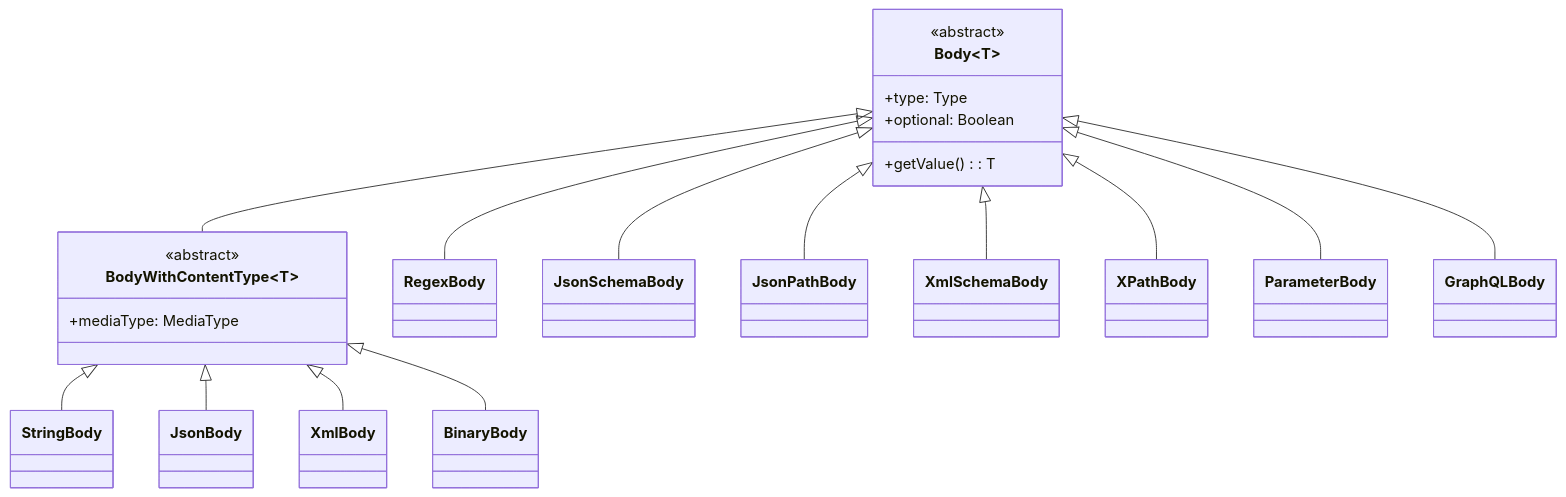
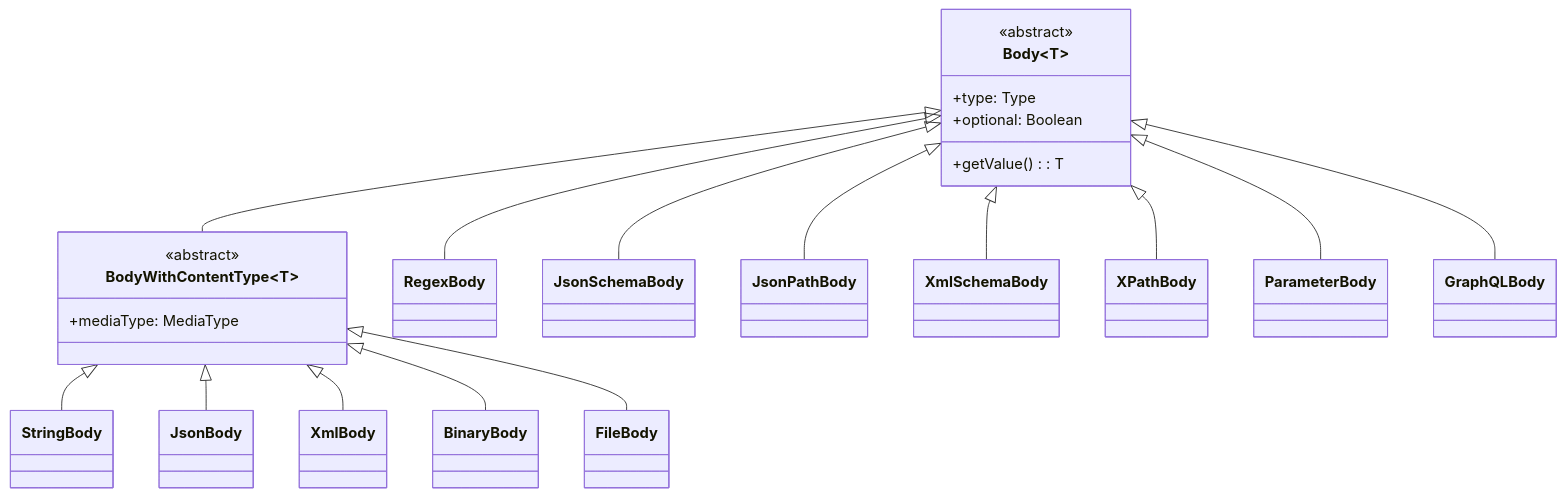
The third of 7 diagrams in docs/code/domain-model.md (mock-server/mockserver), drawn with Mermaid before and after one commit. The commit also changed other lines of this file and 52 other files, not shown here.

````diff
--- a/docs/code/domain-model.md
+++ b/docs/code/domain-model.md
@@ -179,27 +180,28 @@
 ```mermaid
 classDiagram
     class Body~T~ {
         <<abstract>>
         +type: Type
         +optional: Boolean
         +getValue(): T
     }
     class BodyWithContentType~T~ {
         <<abstract>>
         +mediaType: MediaType
     }
 
     Body <|-- BodyWithContentType
     Body <|-- RegexBody
     Body <|-- JsonSchemaBody
     Body <|-- JsonPathBody
     Body <|-- XmlSchemaBody
     Body <|-- XPathBody
     Body <|-- ParameterBody
     Body <|-- GraphQLBody
 
     BodyWithContentType <|-- StringBody
     BodyWithContentType <|-- JsonBody
     BodyWithContentType <|-- XmlBody
     BodyWithContentType <|-- BinaryBody
+    BodyWithContentType <|-- FileBody
 ```
````
